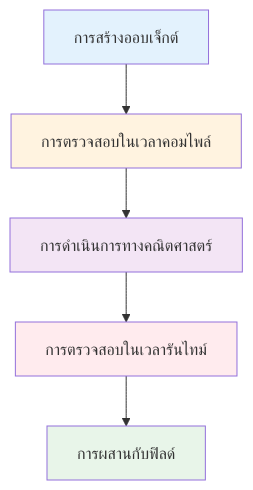
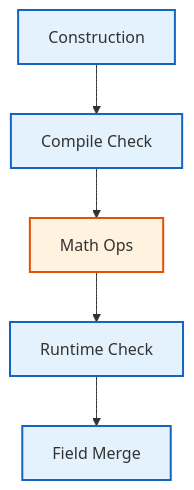
One commit to wramet/build-my-cfd changed the second of 2 diagrams in MODULE_05_OPENFOAM_PROGRAMMING/CONTENT/12_DIMENSIONAL_ANALYSIS/02_DimensionSet_Advanced.md. Above: the diagram before and after it, drawn with Mermaid. The commit also changed other lines of this file and 313 other files, not shown here.

Commit message:
Revise all diagram

````diff
--- a/MODULE_05_OPENFOAM_PROGRAMMING/CONTENT/12_DIMENSIONAL_ANALYSIS/02_DimensionSet_Advanced.md
+++ b/MODULE_05_OPENFOAM_PROGRAMMING/CONTENT/12_DIMENSIONAL_ANALYSIS/02_DimensionSet_Advanced.md
@@ -578,13 +575,11 @@
 ```mermaid
 flowchart TD
-    A[การสร้างออบเจ็กต์] --> B[การตรวจสอบในเวลาคอมไพล์]
-    B --> C[การดำเนินการทางคณิตศาสตร์]
-    C --> D[การตรวจสอบในเวลารันไทม์]
-    D --> E[การผสานกับฟิลด์]
-
-    style A fill:#e3f2fd
-    style B fill:#fff3e0
-    style C fill:#f3e5f5
-    style D fill:#ffebee
-    style E fill:#e8f5e9
+%% Classes
+classDef explicit fill:#fff3e0,stroke:#e65100,stroke-width:2px;
+classDef implicit fill:#e3f2fd,stroke:#1565c0,stroke-width:2px;
+%% Nodes
+A[Construction]:::implicit --> B[Compile Check]:::implicit
+B --> C[Math Ops]:::explicit
+C --> D[Runtime Check]:::implicit
+D --> E[Field Merge]:::implicit
 ```
````
